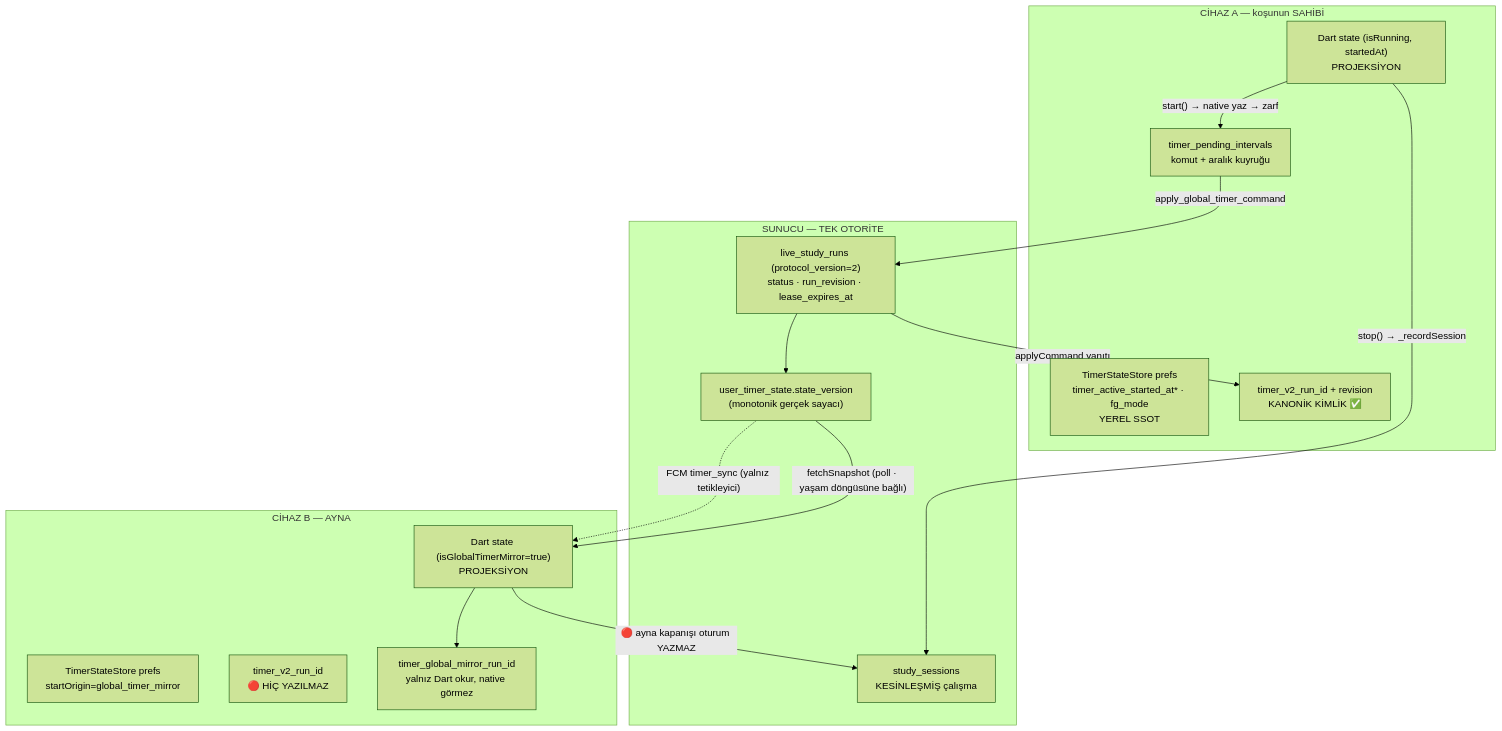
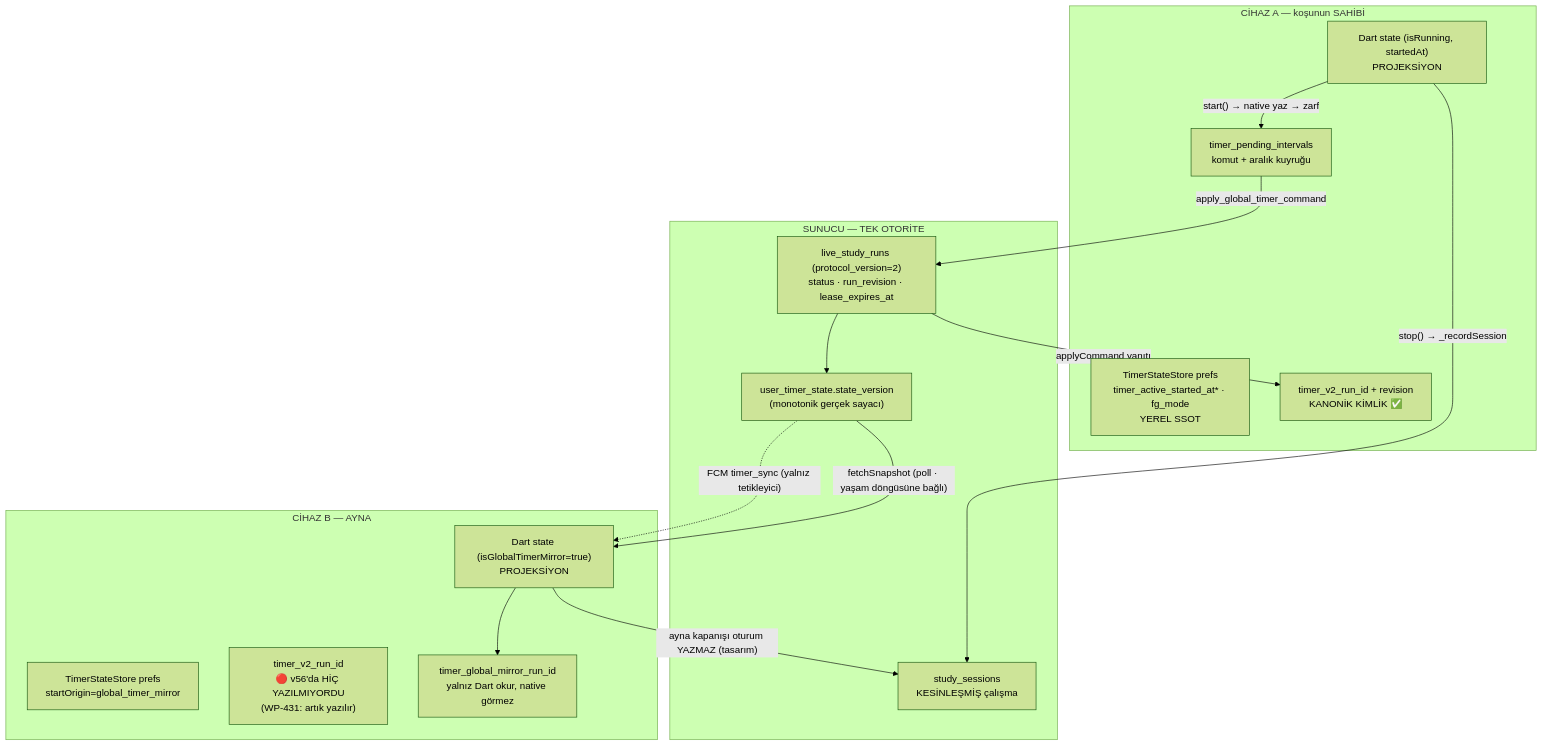
One commit to manil-max/online-study-room changed the diagram in docs/qa/V57-TIMER-EVIDENCE.md. Above: the diagram before and after it, drawn with Mermaid (forest theme). The commit also changed other lines of this file and 14 other files, not shown here.

````diff
--- a/docs/qa/V57-TIMER-EVIDENCE.md
+++ b/docs/qa/V57-TIMER-EVIDENCE.md
@@ -42,32 +45,32 @@
 ```mermaid
 flowchart TB
   subgraph SERVER["SUNUCU — TEK OTORİTE"]
     RUN["live_study_runs (protocol_version=2)<br/>status · run_revision · lease_expires_at"]
     UTS["user_timer_state.state_version<br/>(monotonik gerçek sayacı)"]
     SESS["study_sessions<br/>KESİNLEŞMİŞ çalışma"]
   end
 
   subgraph A["CİHAZ A — koşunun SAHİBİ"]
     A_UI["Dart state (isRunning, startedAt)<br/>PROJEKSİYON"]
     A_NATIVE["TimerStateStore prefs<br/>timer_active_started_at* · fg_mode<br/>YEREL SSOT"]
     A_ID["timer_v2_run_id + revision<br/>KANONİK KİMLİK ✅"]
     A_Q["timer_pending_intervals<br/>komut + aralık kuyruğu"]
   end
 
   subgraph B["CİHAZ B — AYNA"]
     B_UI["Dart state (isGlobalTimerMirror=true)<br/>PROJEKSİYON"]
     B_NATIVE["TimerStateStore prefs<br/>startOrigin=global_timer_mirror"]
-    B_ID["timer_v2_run_id<br/>🔴 HİÇ YAZILMAZ"]
+    B_ID["timer_v2_run_id<br/>🔴 v56'da HİÇ YAZILMIYORDU<br/>(WP-431: artık yazılır)"]
     B_MIRROR["timer_global_mirror_run_id<br/>yalnız Dart okur, native görmez"]
   end
 
   A_UI -->|"start() → native yaz → zarf"| A_Q
   A_Q -->|"apply_global_timer_command"| RUN
   RUN --> UTS
   RUN -->|"applyCommand yanıtı"| A_ID
   UTS -->|"fetchSnapshot (poll · yaşam döngüsüne bağlı)"| B_UI
   B_UI --> B_MIRROR
   UTS -.->|"FCM timer_sync (yalnız tetikleyici)"| B_UI
   A_UI -->|"stop() → _recordSession"| SESS
-  B_UI -->|"🔴 ayna kapanışı oturum YAZMAZ"| SESS
+  B_UI -->|"ayna kapanışı oturum YAZMAZ (tasarım)"| SESS
 ```
````
